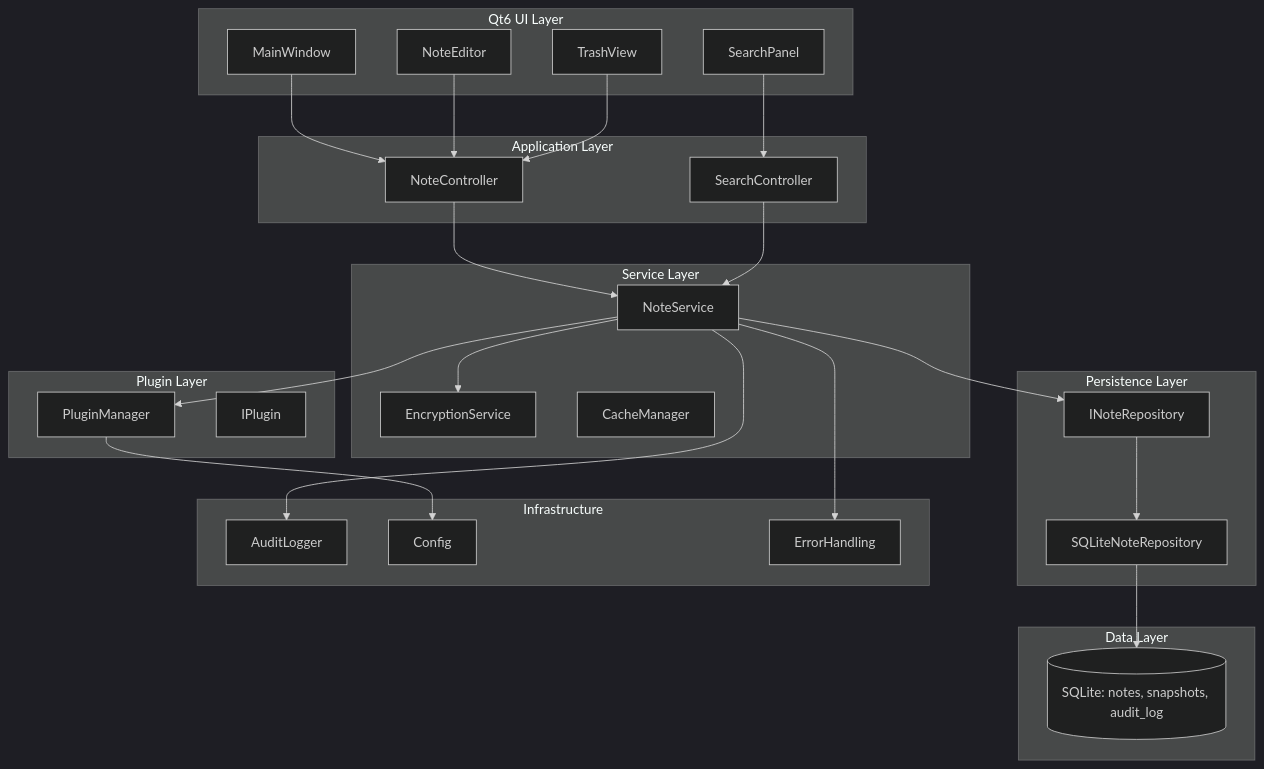
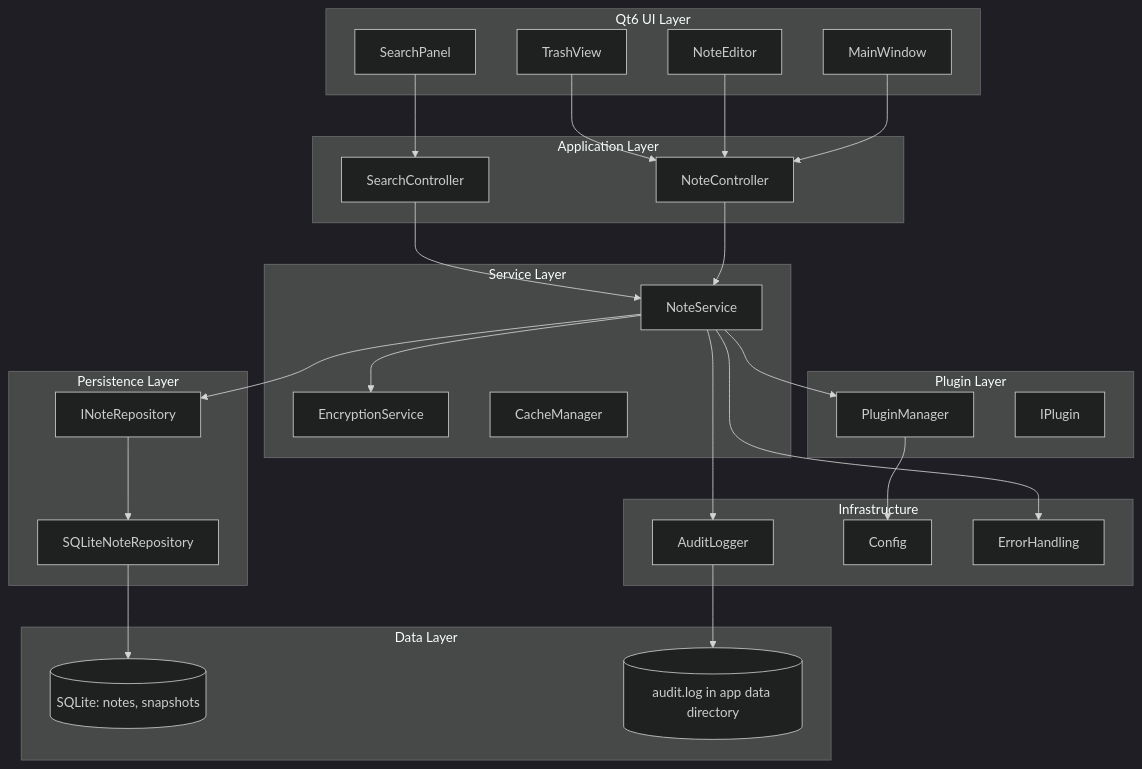
One commit to LiamRobertson327/AstraNotes-Project changed the sixth of 12 diagrams in docs/legacy/UML_STARTER_DIAGRAMS.md. Above: the diagram before and after it, drawn with Mermaid (dark theme). The commit also changed other lines of this file and 4 other files, not shown here.

````diff
--- a/docs/legacy/UML_STARTER_DIAGRAMS.md
+++ b/docs/legacy/UML_STARTER_DIAGRAMS.md
@@ -193,59 +418,61 @@
 ```mermaid
 flowchart TB
   subgraph UI[Qt6 UI Layer]
     MainWindow
     NoteEditor
     SearchPanel
     TrashView
   end
 
   subgraph App[Application Layer]
     NoteController
     SearchController
   end
 
   subgraph Services[Service Layer]
     NoteService
     EncryptionService
     CacheManager
   end
 
   subgraph Plugins[Plugin Layer]
     PluginManager
     IPlugin
   end
 
   subgraph Persistence[Persistence Layer]
     INoteRepository
     SQLiteNoteRepository
   end
 
   subgraph Infra[Infrastructure]
     AuditLogger
     Config
     ErrorHandling
   end
 
   subgraph Data[Data Layer]
-    SQLiteDB[(SQLite: notes, snapshots, audit_log)]
+    SQLiteDB[(SQLite: notes, snapshots)]
+    AuditLog[(audit.log in app data directory)]
   end
 
   MainWindow --> NoteController
   NoteEditor --> NoteController
   SearchPanel --> SearchController
   TrashView --> NoteController
 
   NoteController --> NoteService
   SearchController --> NoteService
 
   NoteService --> PluginManager
   NoteService --> EncryptionService
   NoteService --> INoteRepository
 
   INoteRepository --> SQLiteNoteRepository
   SQLiteNoteRepository --> SQLiteDB
 
   NoteService --> AuditLogger
   NoteService --> ErrorHandling
   PluginManager --> Config
+  AuditLogger --> AuditLog
 ```
````
